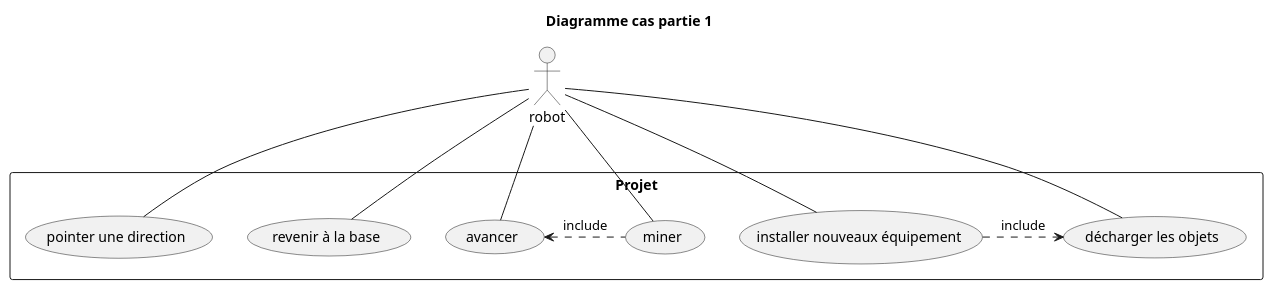
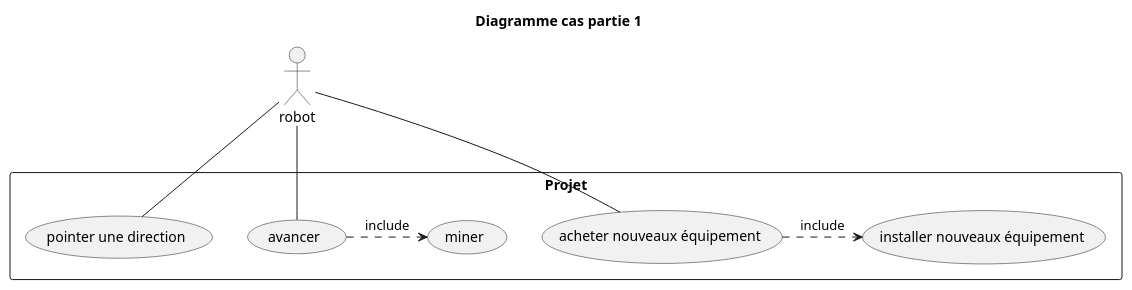
One commit to AlphaBooy/Mars-Robot changed the second of 8 diagrams in files/uml/uml.wsd. Above: the diagram before and after it, drawn with PlantUML. The commit also changed other lines of this file and 2 other files, not shown here.

Commit message:
♻️ update diagramme cas partie 1

```diff
--- a/files/uml/uml.wsd
+++ b/files/uml/uml.wsd
@@ -132,18 +132,15 @@
 @startuml digramCasPart1
 title Diagramme cas partie 1
 :robot: as robot
 rectangle Projet {
 robot -(pointer une direction)
-robot - (revenir à la base)
-(décharger les objets) as (décharger)
-robot -- (décharger)
 (avancer) as (avancer)
 (miner) as (miner)
-(avancer) <. (miner): include
+(avancer) .> (miner): include
 robot -(avancer)
-robot - (miner)
-(installer nouveaux équipement) as (acheter)
+(acheter nouveaux équipement) as (acheter)
+(installer nouveaux équipement) as (installer)
 robot -- (acheter)
-(acheter) .> (décharger): include
+(acheter) .> (installer): include
 }
 @enduml
```
